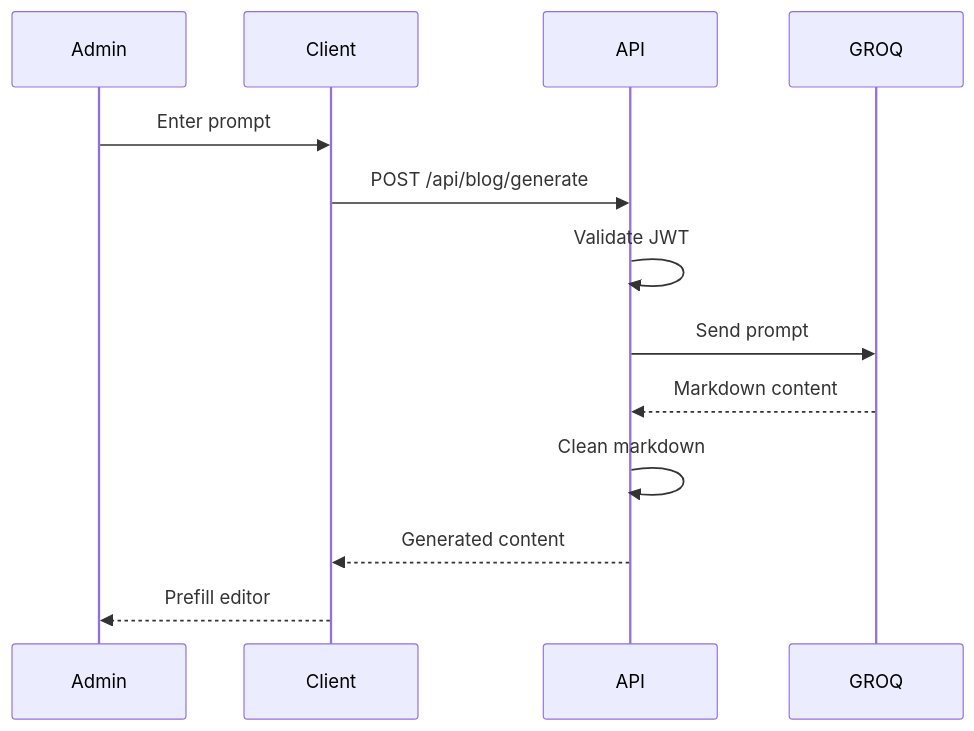
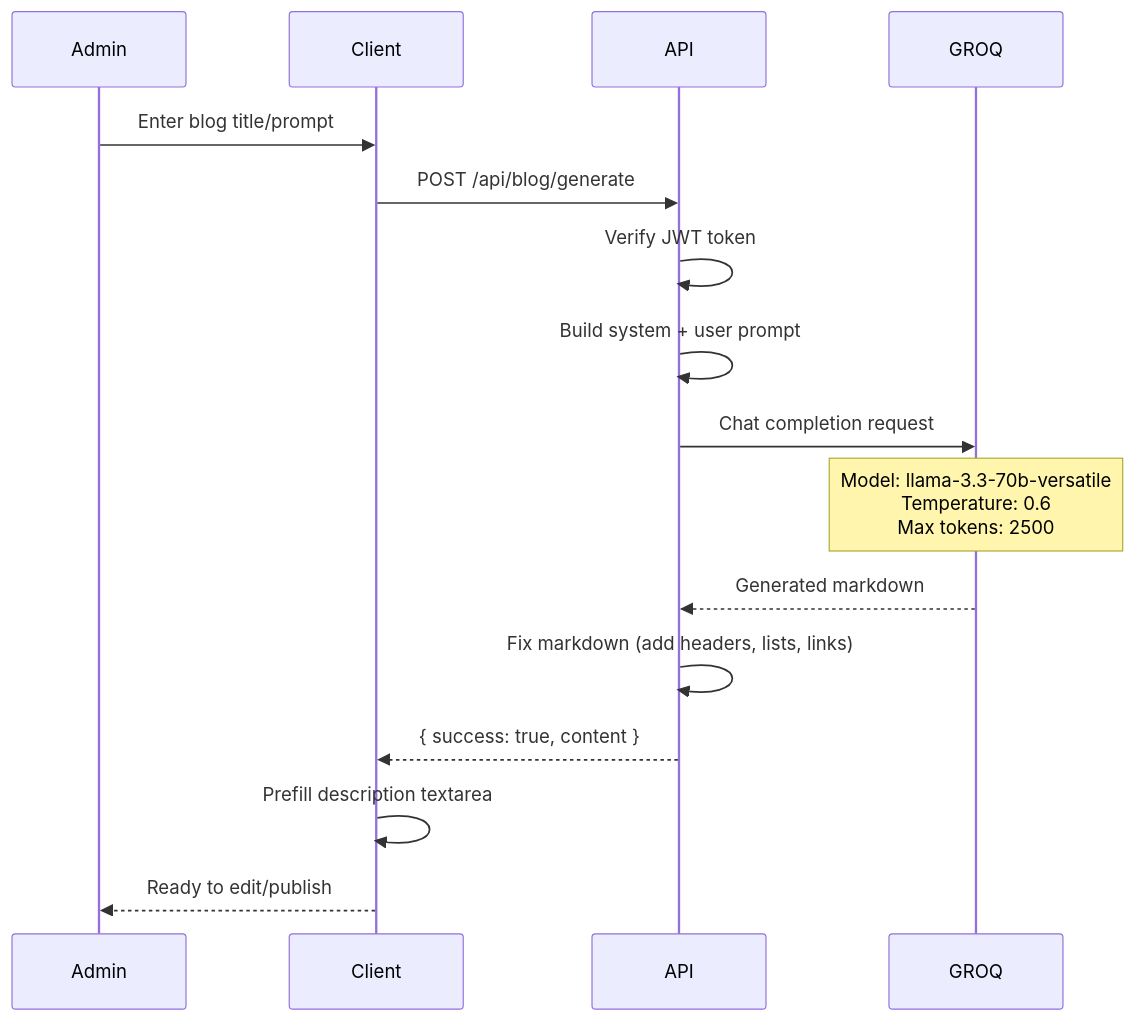
Before and after one commit to VIKRAMANR7/VikramanBlog: the fifth of 8 diagrams in README.md, drawn with Mermaid. The commit also changed other lines of this file and 2 other files, not shown here.

````diff
--- a/README.md
+++ b/README.md
@@ -84,16 +196,21 @@
 ```mermaid
 sequenceDiagram
     participant Admin
     participant Client
     participant API
     participant GROQ
 
-    Admin->>Client: Enter prompt
+    Admin->>Client: Enter blog title/prompt
     Client->>API: POST /api/blog/generate
-    API->>API: Validate JWT
-    API->>GROQ: Send prompt
-    GROQ-->>API: Markdown content
-    API->>API: Clean markdown
-    API-->>Client: Generated content
-    Client-->>Admin: Prefill editor
+    API->>API: Verify JWT token
+    API->>API: Build system + user prompt
+    API->>GROQ: Chat completion request
+
+    Note over GROQ: Model: llama-3.3-70b-versatile<br/>Temperature: 0.6<br/>Max tokens: 2500
+
+    GROQ-->>API: Generated markdown
+    API->>API: Fix markdown (add headers, lists, links)
+    API-->>Client: { success: true, content }
+    Client->>Client: Prefill description textarea
+    Client-->>Admin: Ready to edit/publish
 ```
````
